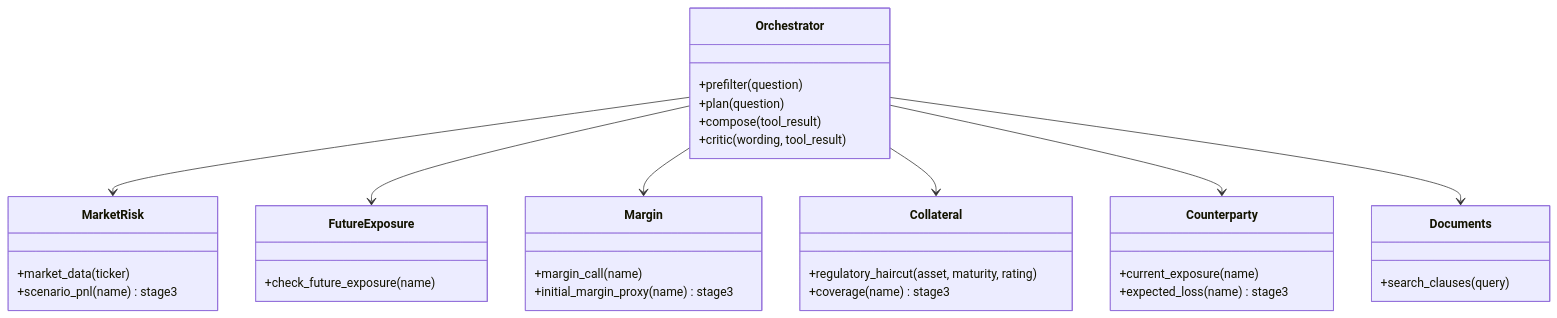
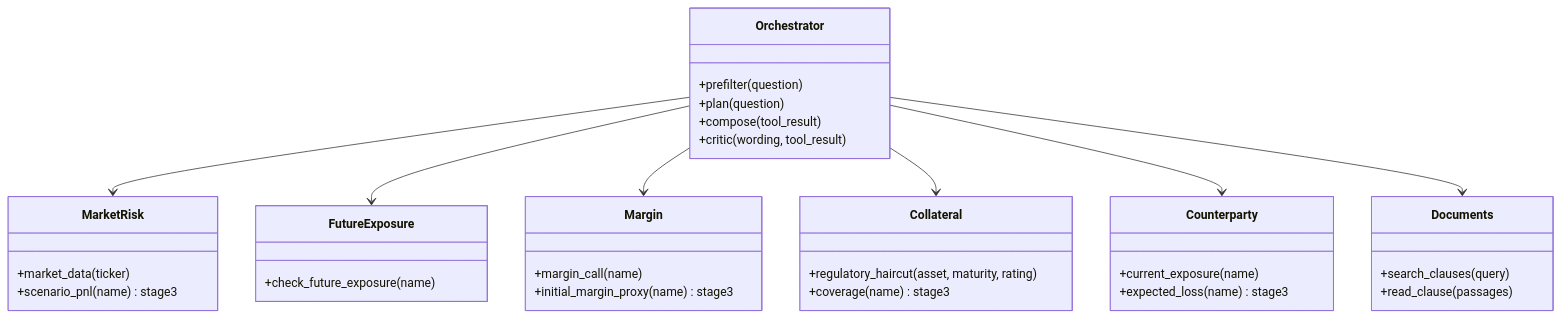
Before and after one commit to I-AM-THE-ONE-WHO-KNOCKS/Capstone_IITKGP_2026_Team_3SU: the second of 7 diagrams in RiskSphere/README.md, drawn with Mermaid. The commit also changed other lines of this file and 1955 other files, not shown here.

````diff
--- a/RiskSphere/README.md
+++ b/RiskSphere/README.md
@@ -289,37 +314,38 @@
 ```mermaid
 classDiagram
   class Orchestrator {
     +prefilter(question)
     +plan(question)
     +compose(tool_result)
     +critic(wording, tool_result)
   }
   class MarketRisk {
     +market_data(ticker)
     +scenario_pnl(name) stage3
   }
   class FutureExposure {
     +check_future_exposure(name)
   }
   class Margin {
     +margin_call(name)
     +initial_margin_proxy(name) stage3
   }
   class Collateral {
     +regulatory_haircut(asset, maturity, rating)
     +coverage(name) stage3
   }
   class Counterparty {
     +current_exposure(name)
     +expected_loss(name) stage3
   }
   class Documents {
     +search_clauses(query)
+    +read_clause(passages)
   }
   Orchestrator --> MarketRisk
   Orchestrator --> FutureExposure
   Orchestrator --> Margin
   Orchestrator --> Collateral
   Orchestrator --> Counterparty
   Orchestrator --> Documents
 ```
````
